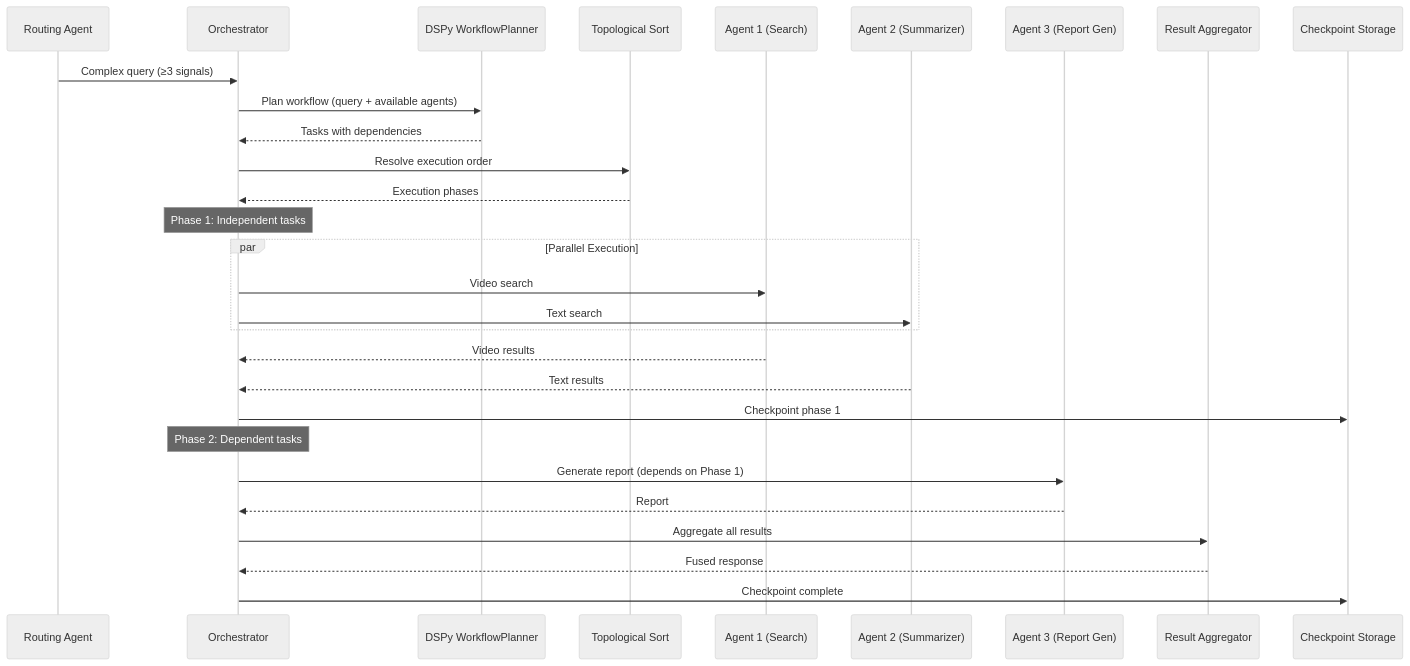
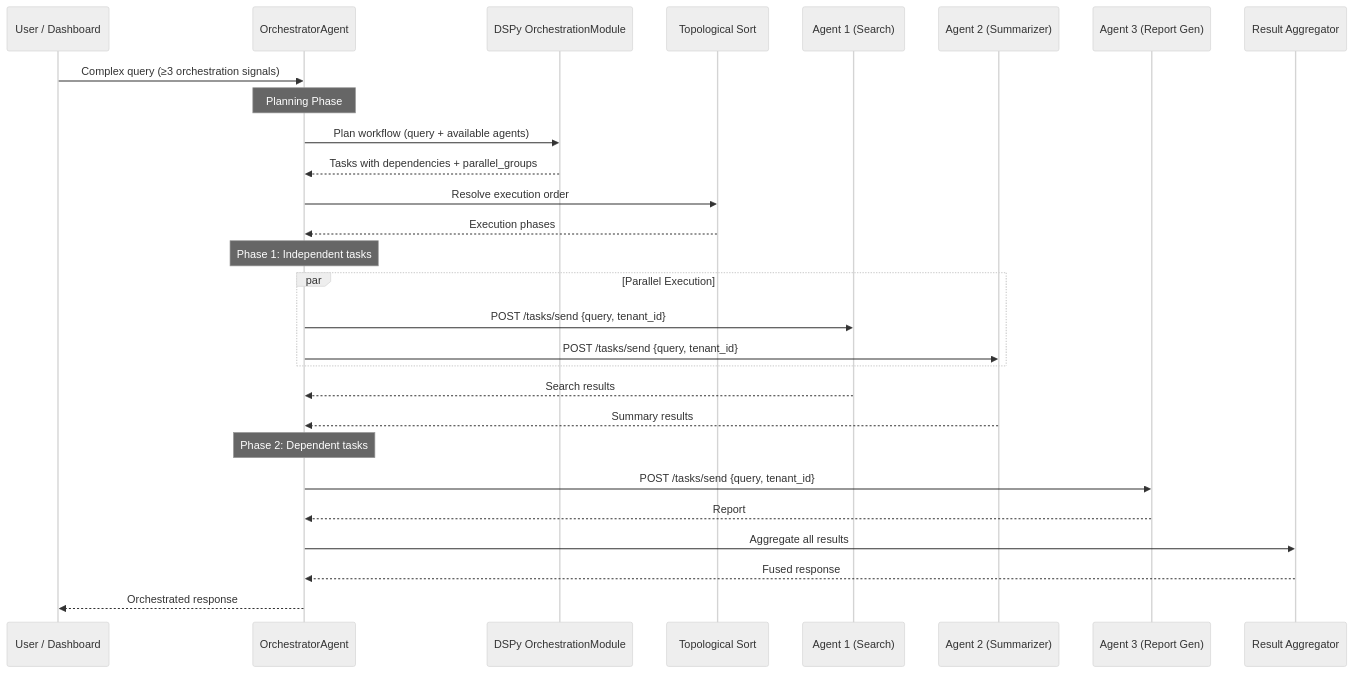
Before and after one commit to amit-jain/cogniverse: the fourth of 5 diagrams in docs/architecture/intelligent-query-routing.md, drawn with Mermaid (neutral theme). The commit also changed 137 other files, not shown here.

First line of the commit message:
Refactor agents to tenant-agnostic startup with per-request tenant routing

````diff
--- a/docs/architecture/intelligent-query-routing.md
+++ b/docs/architecture/intelligent-query-routing.md
@@ -255,36 +255,36 @@
 ```mermaid
 sequenceDiagram
-    participant R as Routing Agent
-    participant O as Orchestrator
-    participant WP as DSPy WorkflowPlanner
+    participant U as User / Dashboard
+    participant O as OrchestratorAgent
+    participant WP as DSPy OrchestrationModule
     participant TS as Topological Sort
     participant A1 as Agent 1 (Search)
     participant A2 as Agent 2 (Summarizer)
     participant A3 as Agent 3 (Report Gen)
     participant AGG as Result Aggregator
-    participant CP as Checkpoint Storage
 
-    R->>O: Complex query (≥3 signals)
+    U->>O: Complex query (≥3 orchestration signals)
+
+    Note over O: Planning Phase
     O->>WP: Plan workflow (query + available agents)
-    WP-->>O: Tasks with dependencies
+    WP-->>O: Tasks with dependencies + parallel_groups
 
     O->>TS: Resolve execution order
     TS-->>O: Execution phases
 
     Note over O: Phase 1: Independent tasks
     par Parallel Execution
-        O->>A1: Video search
-        O->>A2: Text search
+        O->>A1: POST /tasks/send {query, tenant_id}
+        O->>A2: POST /tasks/send {query, tenant_id}
     end
-    A1-->>O: Video results
-    A2-->>O: Text results
-    O->>CP: Checkpoint phase 1
+    A1-->>O: Search results
+    A2-->>O: Summary results
 
     Note over O: Phase 2: Dependent tasks
-    O->>A3: Generate report (depends on Phase 1)
+    O->>A3: POST /tasks/send {query, tenant_id}
     A3-->>O: Report
 
     O->>AGG: Aggregate all results
     AGG-->>O: Fused response
-    O->>CP: Checkpoint complete
+    O-->>U: Orchestrated response
 ```
````
